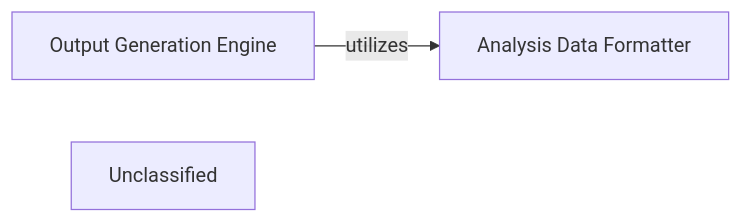
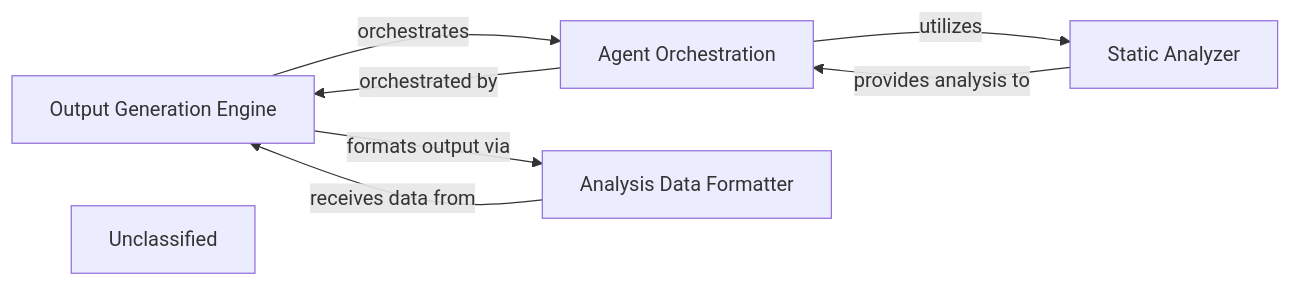
Before and after one commit to CodeBoarding/CodeBoarding: the diagram in .codeboarding/Diagram_Analysis_Renderer.md, drawn with Mermaid. The commit also changed other lines of this file and 17 other files, not shown here.

First line of the commit message:
docs: update codeboarding documentation and generate architecture

````diff
--- a/.codeboarding/Diagram_Analysis_Renderer.md
+++ b/.codeboarding/Diagram_Analysis_Renderer.md
@@ -1,8 +1,15 @@
 ```mermaid
 graph LR
     Output_Generation_Engine["Output Generation Engine"]
+    Agent_Orchestration["Agent Orchestration"]
+    Static_Analyzer["Static Analyzer"]
     Analysis_Data_Formatter["Analysis Data Formatter"]
     Unclassified["Unclassified"]
-    Output_Generation_Engine -- "utilizes" --> Analysis_Data_Formatter
+    Output_Generation_Engine -- "orchestrates" --> Agent_Orchestration
+    Agent_Orchestration -- "utilizes" --> Static_Analyzer
+    Output_Generation_Engine -- "formats output via" --> Analysis_Data_Formatter
+    Agent_Orchestration -- "orchestrated by" --> Output_Generation_Engine
+    Static_Analyzer -- "provides analysis to" --> Agent_Orchestration
+    Analysis_Data_Formatter -- "receives data from" --> Output_Generation_Engine
     click Output_Generation_Engine href "https://github.com/CodeBoarding/CodeBoarding/blob/main/.codeboarding/Output_Generation_Engine.md" "Details"
 ```
````
